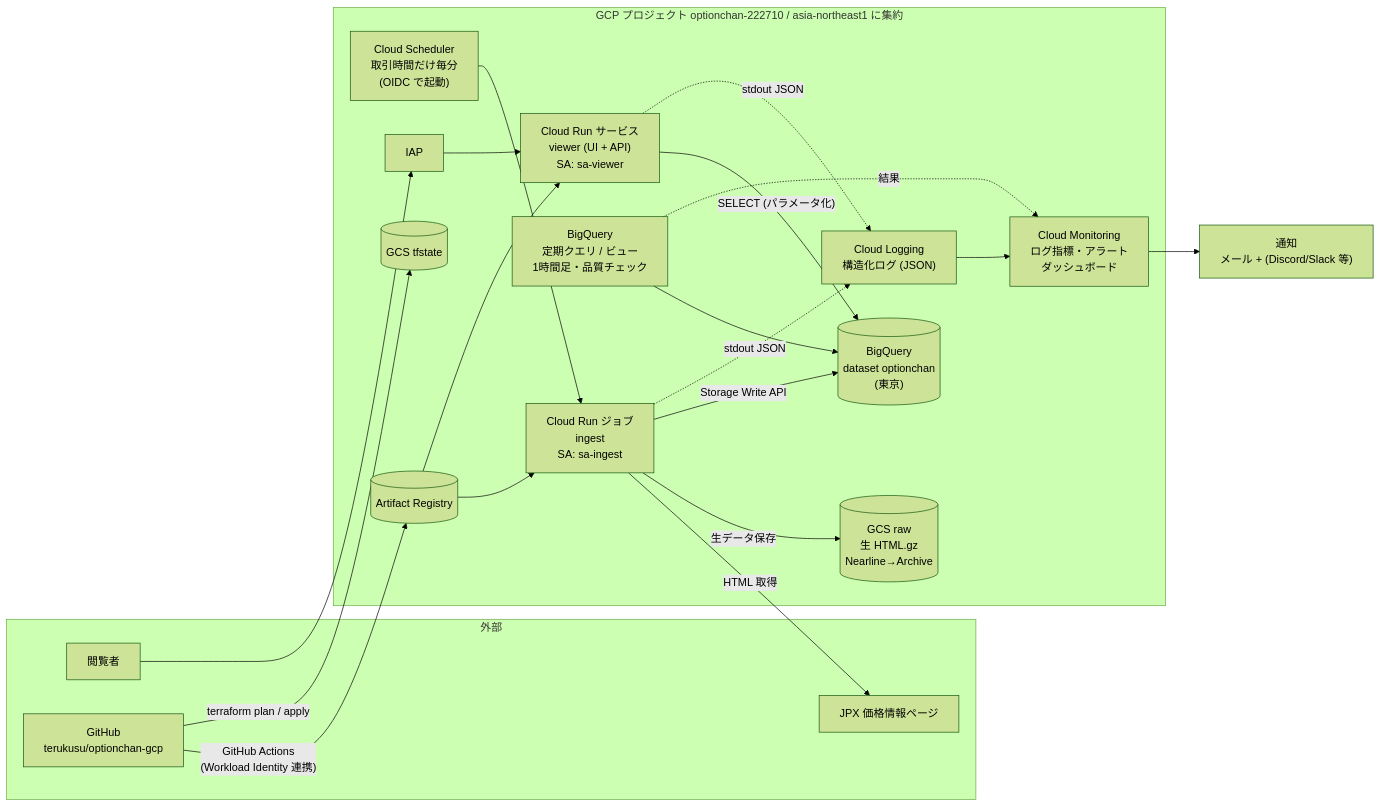
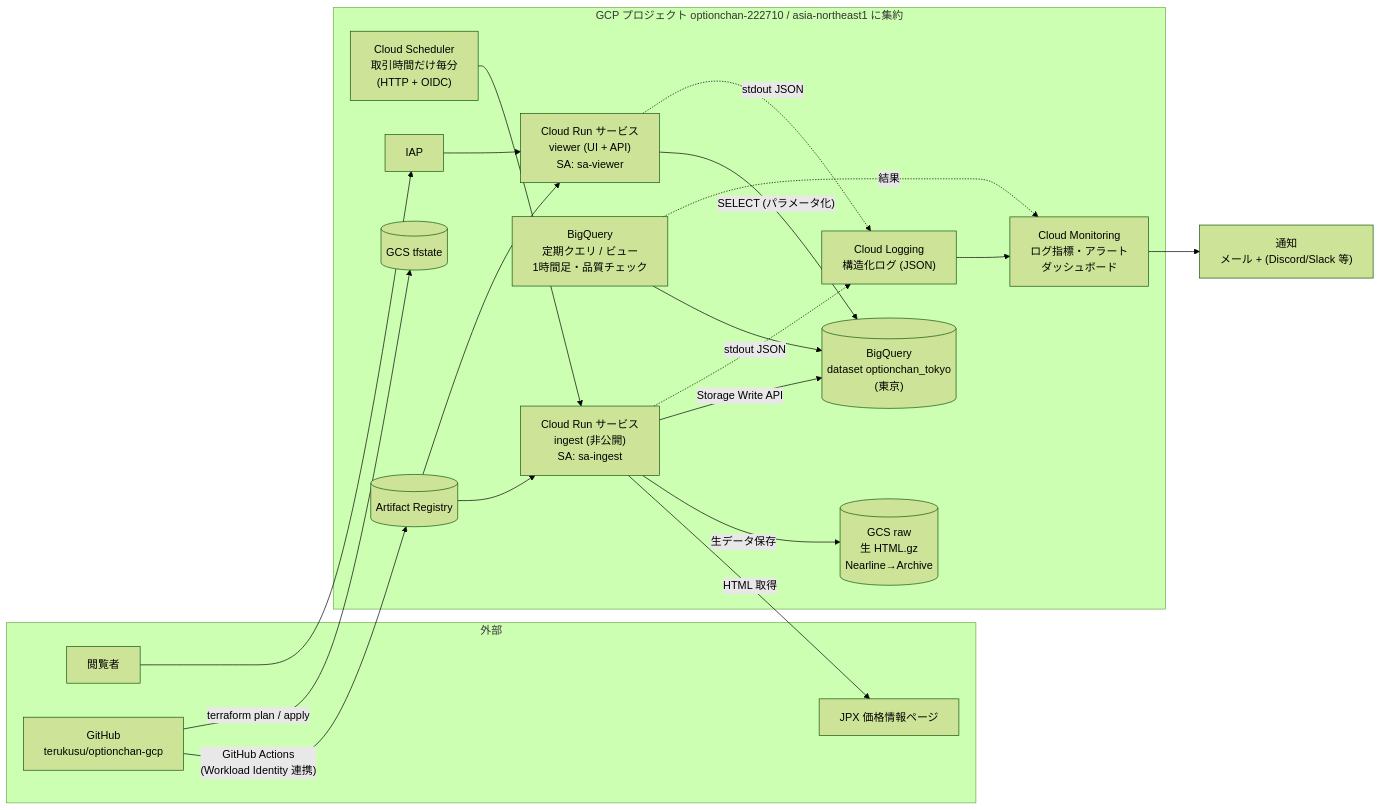
The diagram in docs/architecture/target.md (terukusu/optionchan-gcp), drawn with Mermaid (forest theme) before and after one commit. The commit also changed other lines of this file and 1 other file, not shown here.

Commit message:
docs: レビュー指摘を反映（実請求額ベースのコスト、ingest を Cloud Run サービスに、データセット名など） (#7)

````diff
--- a/docs/architecture/target.md
+++ b/docs/architecture/target.md
@@ -23,40 +23,40 @@
 ```mermaid
 flowchart LR
     subgraph EXT[外部]
         JPX["JPX 価格情報ページ"]
         USER["閲覧者"]
         GH["GitHub<br/>terukusu/optionchan-gcp"]
     end
 
     subgraph GCP["GCP プロジェクト optionchan-222710 / asia-northeast1 に集約"]
-        SCH["Cloud Scheduler<br/>取引時間だけ毎分<br/>(OIDC で起動)"]
-        ING["Cloud Run ジョブ<br/>ingest<br/>SA: sa-ingest"]
+        SCH["Cloud Scheduler<br/>取引時間だけ毎分<br/>(HTTP + OIDC)"]
+        ING["Cloud Run サービス<br/>ingest (非公開)<br/>SA: sa-ingest"]
         RAW[("GCS raw<br/>生 HTML.gz<br/>Nearline→Archive")]
-        BQ[("BigQuery<br/>dataset optionchan<br/>(東京)")]
+        BQ[("BigQuery<br/>dataset optionchan_tokyo<br/>(東京)")]
         SQ["BigQuery<br/>定期クエリ / ビュー<br/>1時間足・品質チェック"]
         VIEW["Cloud Run サービス<br/>viewer (UI + API)<br/>SA: sa-viewer"]
         IAP["IAP"]
         AR[("Artifact Registry")]
         MON["Cloud Monitoring<br/>ログ指標・アラート<br/>ダッシュボード"]
         LOG["Cloud Logging<br/>構造化ログ (JSON)"]
         TFS[("GCS tfstate")]
     end
 
     NOTIFY["通知<br/>メール + (Discord/Slack 等)"]
 
     SCH --> ING
     ING -- "HTML 取得" --> JPX
     ING -- "生データ保存" --> RAW
     ING -- "Storage Write API" --> BQ
     SQ --> BQ
     USER --> IAP --> VIEW
     VIEW -- "SELECT (パラメータ化)" --> BQ
 
     ING & VIEW -. "stdout JSON" .-> LOG --> MON
     SQ -. "結果" .-> MON
     MON --> NOTIFY
 
     GH -- "GitHub Actions<br/>(Workload Identity 連携)" --> AR
     GH -- "terraform plan / apply" --> TFS
     AR --> ING & VIEW
 ```
````
